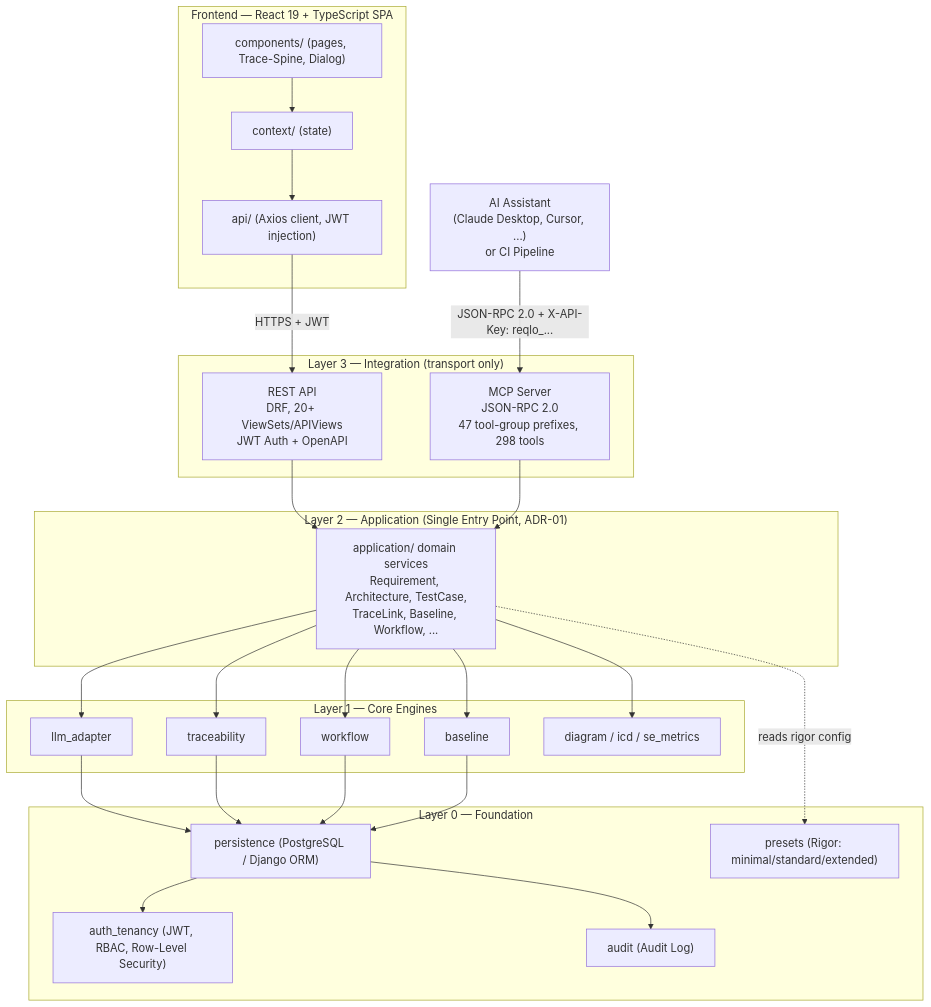
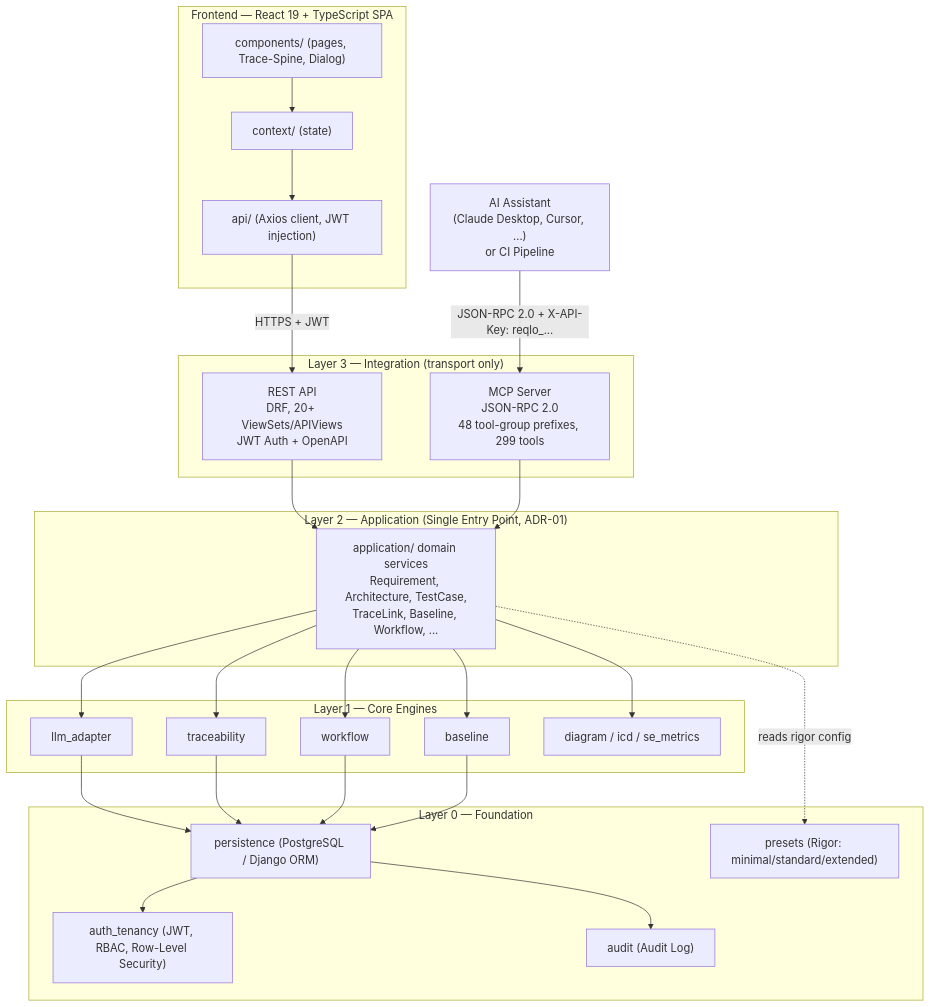
One commit to Popoboxxo/ReqogniLoom changed the first of 3 diagrams in README.md. Above: the diagram before and after it, drawn with Mermaid. The commit also changed other lines of this file and 31 other files, not shown here.

Commit message:
feat(mcp): scope api keys by tool group

````diff
--- a/README.md
+++ b/README.md
@@ -104,53 +104,53 @@
 ```mermaid
 graph TD
     subgraph FE["Frontend — React 19 + TypeScript SPA"]
         UI["components/ (pages, Trace-Spine, Dialog)"]
         CTX["context/ (state)"]
         APICLIENT["api/ (Axios client, JWT injection)"]
         UI --> CTX --> APICLIENT
     end
 
     EXT["AI Assistant<br/>(Claude Desktop, Cursor, ...)<br/>or CI Pipeline"]
 
     subgraph L3["Layer 3 — Integration (transport only)"]
         REST["REST API<br/>DRF, 20+ ViewSets/APIViews<br/>JWT Auth + OpenAPI"]
-        MCP["MCP Server<br/>JSON-RPC 2.0<br/>47 tool-group prefixes, 298 tools"]
+        MCP["MCP Server<br/>JSON-RPC 2.0<br/>48 tool-group prefixes, 299 tools"]
     end
 
     subgraph L2["Layer 2 — Application (Single Entry Point, ADR-01)"]
         APP["application/ domain services<br/>Requirement, Architecture, TestCase,<br/>TraceLink, Baseline, Workflow, ..."]
     end
 
     subgraph L1["Layer 1 — Core Engines"]
         LLM["llm_adapter"]
         TRACE["traceability"]
         WF["workflow"]
         BASE["baseline"]
         DIAG["diagram / icd / se_metrics"]
     end
 
     subgraph L0["Layer 0 — Foundation"]
         PERSIST["persistence (PostgreSQL / Django ORM)"]
         AUTH["auth_tenancy (JWT, RBAC, Row-Level Security)"]
         PRESET["presets (Rigor: minimal/standard/extended)"]
         AUDIT["audit (Audit Log)"]
     end
 
     APICLIENT -->|"HTTPS + JWT"| REST
     EXT -->|"JSON-RPC 2.0 + X-API-Key: reqlo_..."| MCP
 
     REST --> APP
     MCP --> APP
     APP --> LLM
     APP --> TRACE
     APP --> WF
     APP --> BASE
     APP --> DIAG
     APP -.->|"reads rigor config"| PRESET
     LLM --> PERSIST
     TRACE --> PERSIST
     WF --> PERSIST
     BASE --> PERSIST
     PERSIST --> AUTH
     PERSIST --> AUDIT
 ```
````
